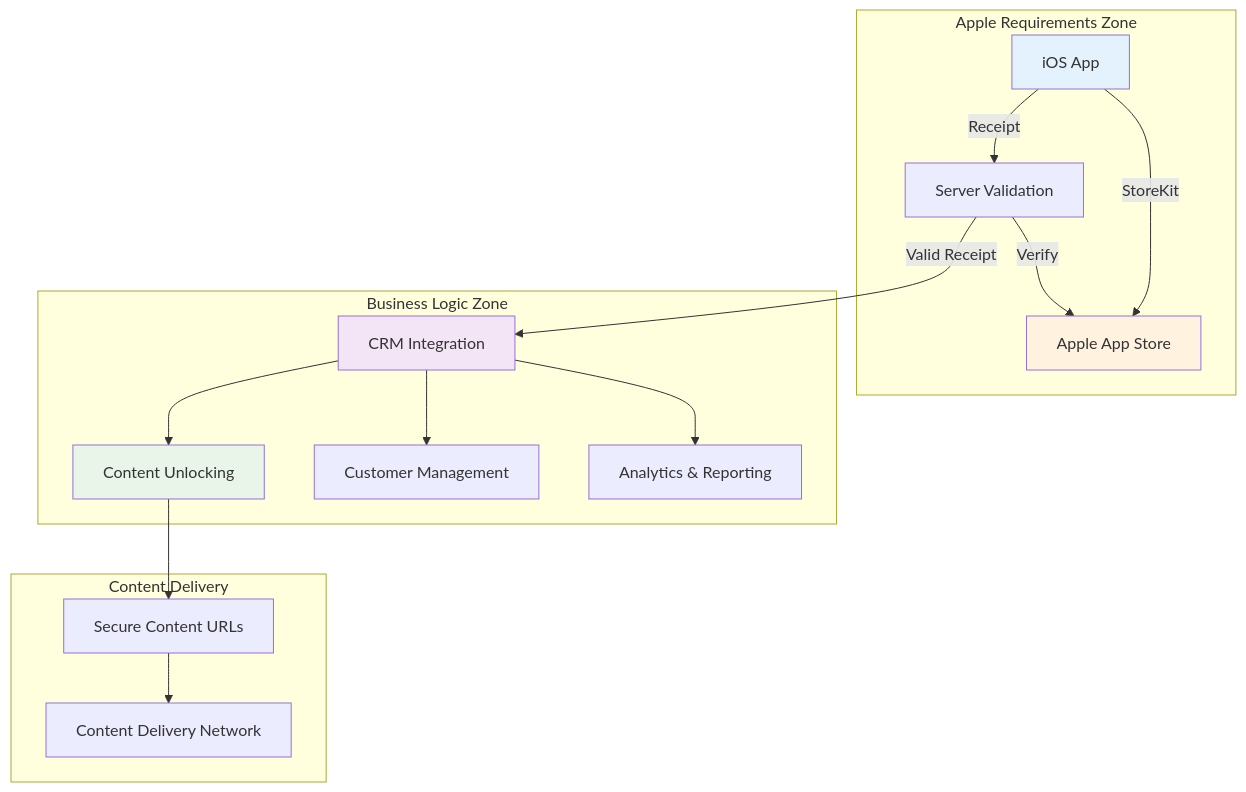
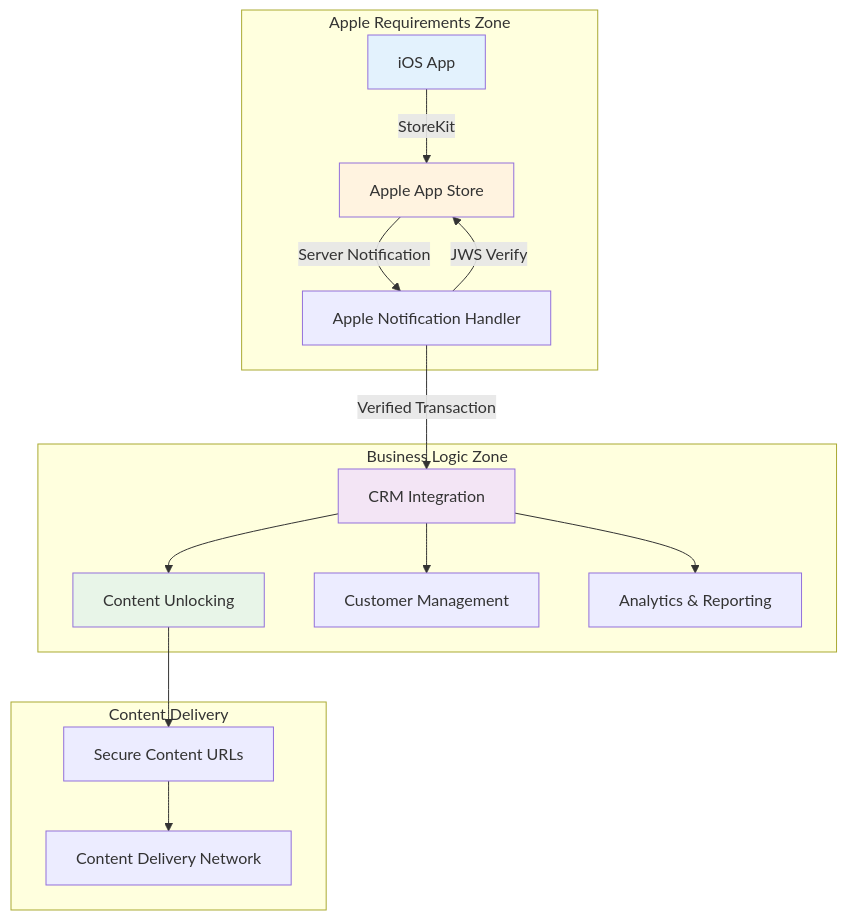
Before and after one commit to tnstoyanov/applePayInAppBt: the diagram in docs/apple-compliance-guide.md, drawn with Mermaid. The commit also changed 5 other files, not shown here.

First line of the commit message:
CRITICAL: Remove all deprecated verifyReceipt API references

````diff
--- a/docs/apple-compliance-guide.md
+++ b/docs/apple-compliance-guide.md
@@ -44,25 +44,25 @@
 ```mermaid
 graph TB
     subgraph "Apple Requirements Zone"
         A[iOS App] -->|StoreKit| B[Apple App Store]
-        A -->|Receipt| C[Server Validation]
-        C -->|Verify| B
+        B -->|Server Notification| C[Apple Notification Handler]
+        C -->|JWS Verify| B
     end
     
     subgraph "Business Logic Zone"
-        C -->|Valid Receipt| D[CRM Integration]
+        C -->|Verified Transaction| D[CRM Integration]
         D --> E[Content Unlocking]
         D --> F[Customer Management]
         D --> G[Analytics & Reporting]
     end
     
     subgraph "Content Delivery"
         E --> H[Secure Content URLs]
         H --> I[Content Delivery Network]
     end
     
     style A fill:#e3f2fd
     style B fill:#fff3e0
     style D fill:#f3e5f5
     style E fill:#e8f5e8
 ```
````
